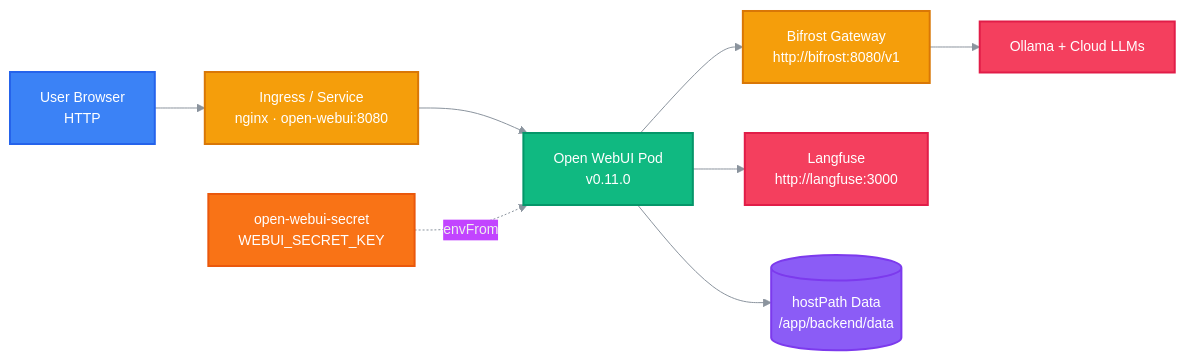
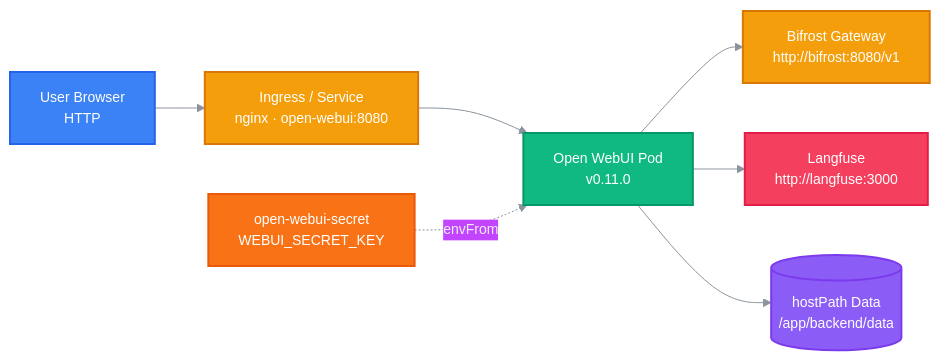
The diagram in README.md (kairosys/open-webui), drawn with Mermaid before and after one commit. The commit also changed other lines of this file, not shown here.

````diff
--- a/README.md
+++ b/README.md
@@ -93,33 +92,32 @@
 ```mermaid
 %%{init: {
   'theme': 'base',
   'themeVariables': {
     'fontSize': '14px',
     'darkMode': true,
     'lineColor': '#8B949E',
     'textColor': '#E6EDF3'
   }
 }}%%
 graph LR
     U[User Browser<br/>HTTP] --> I[Ingress / Service<br/>nginx · open-webui:8080]
     I --> P[Open WebUI Pod<br/>v0.11.0]
     P --> B[Bifrost Gateway<br/>http://bifrost:8080/v1]
-    B --> O[Ollama + Cloud LLMs]
     P --> L[Langfuse<br/>http://langfuse:3000]
     P --> D[(hostPath Data<br/>/app/backend/data)]
     SEC[open-webui-secret<br/>WEBUI_SECRET_KEY] -. envFrom .-> P
 
     classDef client fill:#3B82F6,stroke:#2563EB,color:#fff,stroke-width:2px
     classDef gateway fill:#F59E0B,stroke:#D97706,color:#fff,stroke-width:2px
     classDef service fill:#10B981,stroke:#059669,color:#fff,stroke-width:2px
     classDef data fill:#8B5CF6,stroke:#7C3AED,color:#fff,stroke-width:2px
     classDef external fill:#F43F5E,stroke:#E11D48,color:#fff,stroke-width:2px
     classDef auth fill:#F97316,stroke:#EA580C,color:#fff,stroke-width:2px
 
     class U client
     class I,B gateway
     class P service
     class D data
-    class O,L external
+    class L external
     class SEC auth
 ```
````
